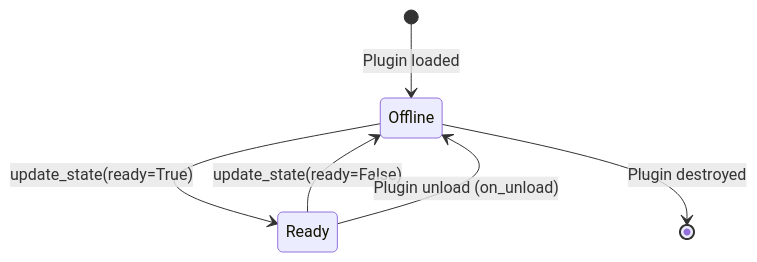
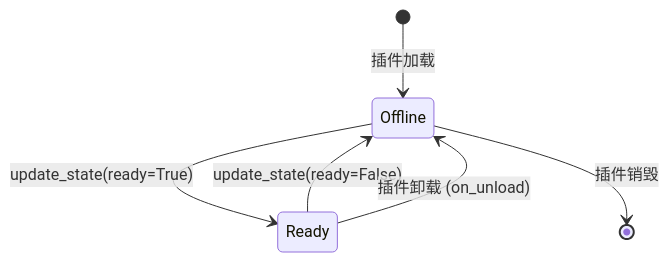
One commit to DrSmoothl/docs changed the third of 3 diagrams in en/develop/plugin-dev/message-gateway.md. Above: the diagram before and after it, drawn with Mermaid. The commit also changed other lines of this file and 50 other files, not shown here.

````diff
--- a/en/develop/plugin-dev/message-gateway.md
+++ b/en/develop/plugin-dev/message-gateway.md
@@ -273,8 +271,8 @@
 ```mermaid
 stateDiagram-v2
-    [*] --> Offline: Plugin loaded
+    [*] --> Offline: 插件加载
     Offline --> Ready: update_state(ready=True)
     Ready --> Offline: update_state(ready=False)
-    Ready --> Offline: Plugin unload (on_unload)
-    Offline --> [*]: Plugin destroyed
+    Ready --> Offline: 插件卸载 (on_unload)
+    Offline --> [*]: 插件销毁
 ```
````
